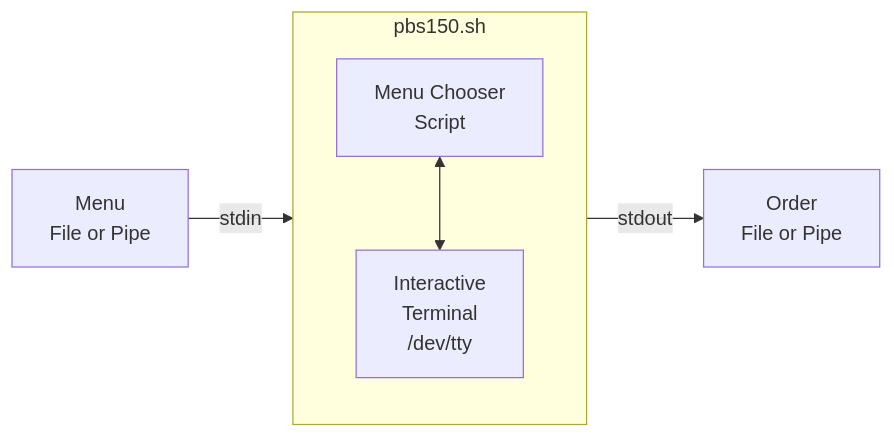
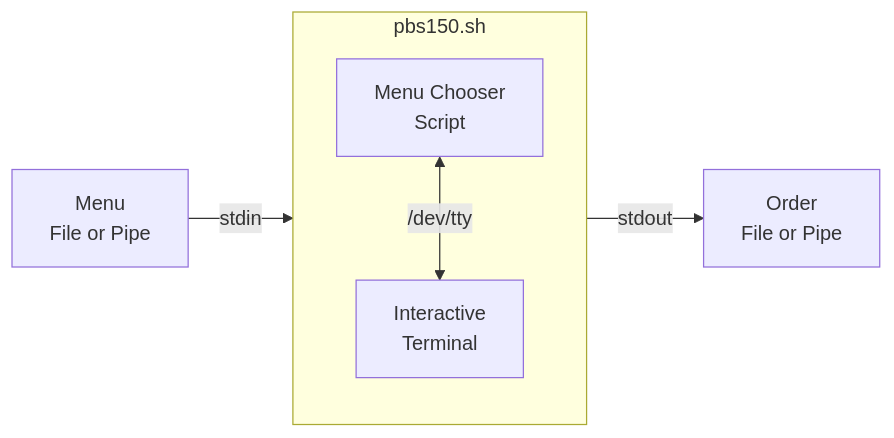
The diagram in frankocarroll/README.md (pbs-students/pbs-challenges), drawn with Mermaid before and after one commit. The commit also changed other lines of this file, not shown here.

Commit message:
tweak mermaid diagram

````diff
--- a/frankocarroll/README.md
+++ b/frankocarroll/README.md
@@ -18,11 +18,11 @@
 ```mermaid
 flowchart LR
     subgraph PBS[pbs150.sh]
     direction TB
-        SCRIPT[Menu Chooser<br>Script] <-->
-        USER[Interactive<br>Terminal<br>/dev/tty]
+        SCRIPT[Menu Chooser<br>Script] <-- /dev/tty -->
+        USER[Interactive<br>Terminal]
     end
     MENU[Menu<br>File or Pipe] -- stdin --> PBS
     PBS -- stdout --> ORDER[Order<br>File or Pipe]
 
 ```
````
